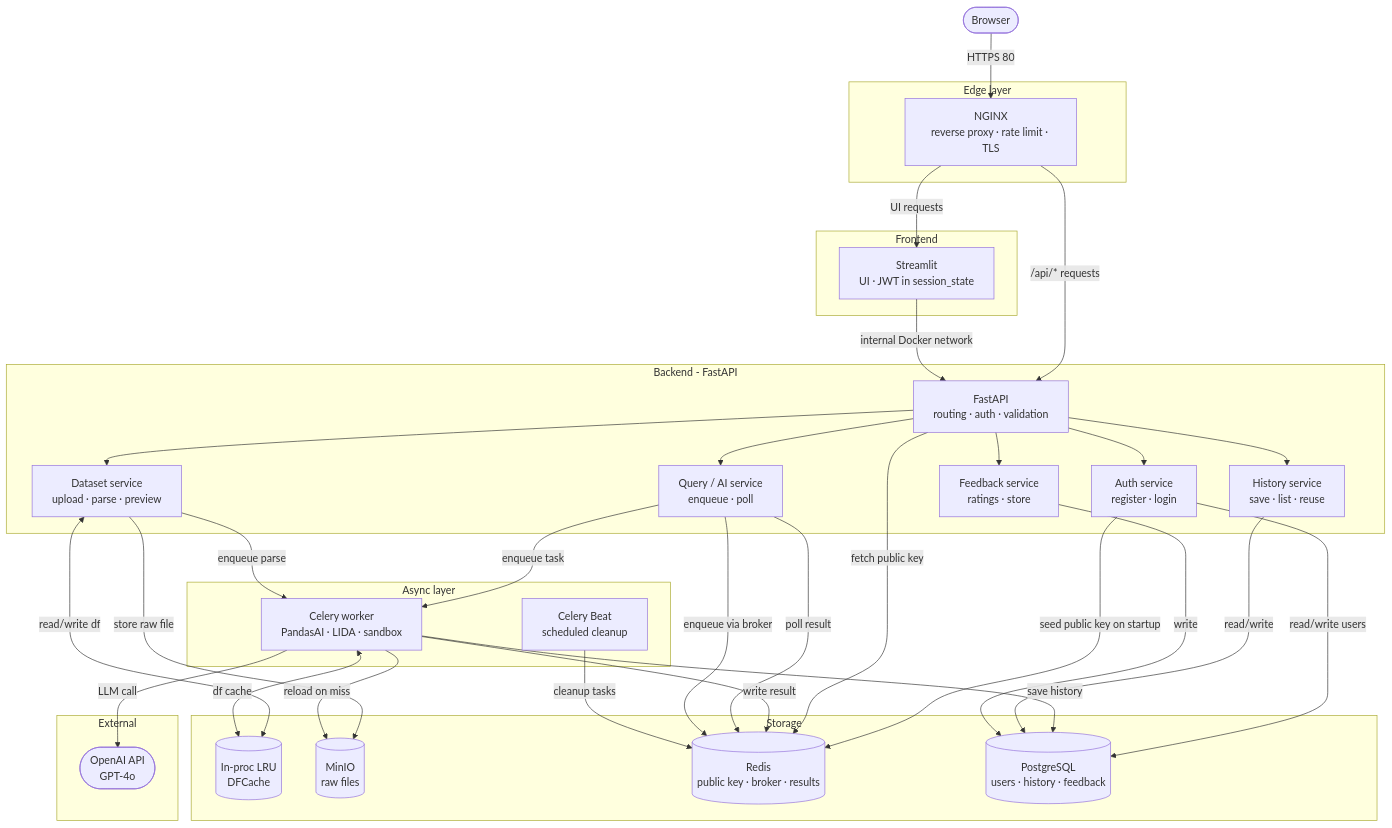
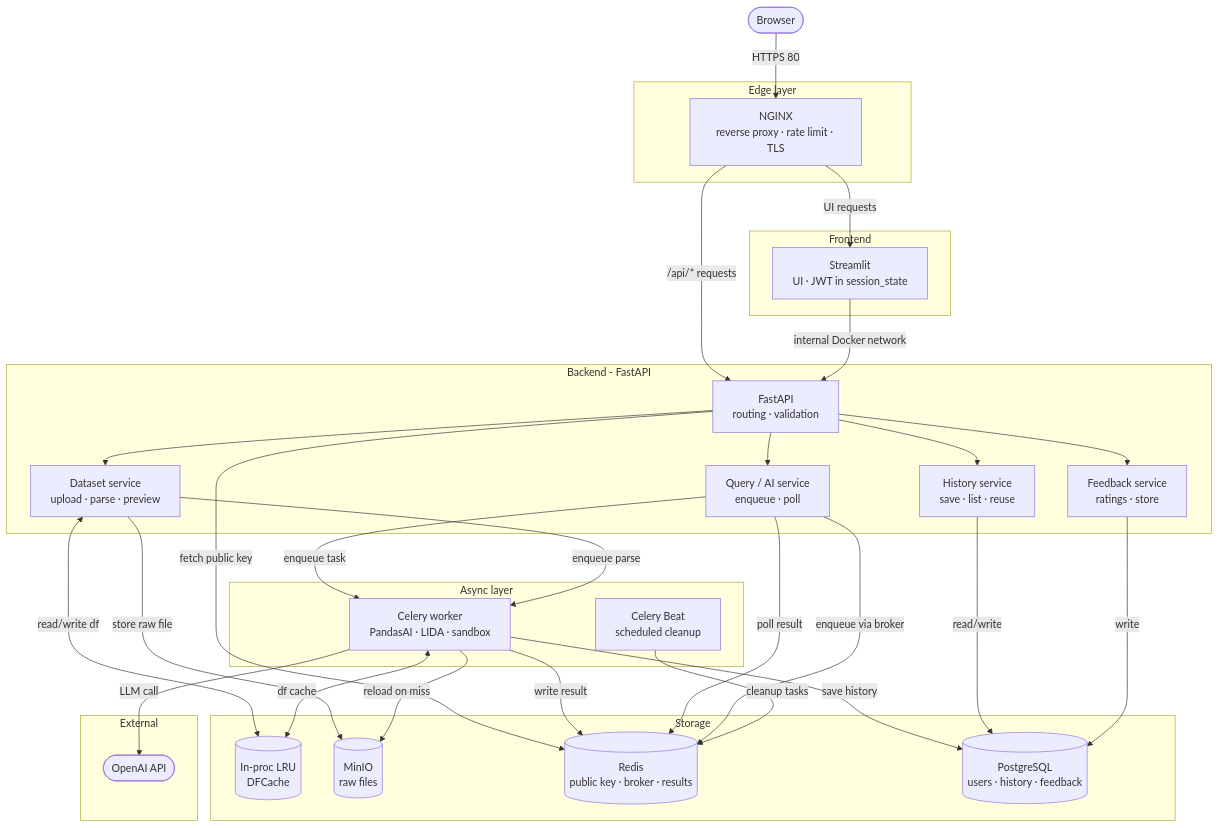
The diagram in README.md (haiyen11231/ai-data-assistant), drawn with Mermaid before and after one commit. The commit also changed other lines of this file and 10 other files, not shown here.

````diff
--- a/README.md
+++ b/README.md
@@ -110,64 +100,61 @@
 ```mermaid
 graph TB
     Browser([Browser])
     Browser -->|HTTPS 80| NGINX
 
     subgraph edge["Edge layer"]
         NGINX[NGINX<br/>reverse proxy · rate limit · TLS]
     end
 
     NGINX -->|UI requests| Streamlit
     NGINX -->|/api/* requests| FastAPI
 
     subgraph frontend["Frontend"]
         Streamlit[Streamlit<br/>UI · JWT in session_state]
     end
 
     subgraph backend["Backend - FastAPI"]
-        FastAPI[FastAPI<br/>routing · auth · validation]
-        FastAPI --> AuthSvc[Auth service<br/>register · login]
+        FastAPI[FastAPI<br/>routing · validation]
         FastAPI --> DatasetSvc[Dataset service<br/>upload · parse · preview]
         FastAPI --> QuerySvc[Query / AI service<br/>enqueue · poll]
         FastAPI --> HistorySvc[History service<br/>save · list · reuse]
         FastAPI --> FeedbackSvc[Feedback service<br/>ratings · store]
     end
 
     Streamlit -->|internal Docker network| FastAPI
 
     subgraph async["Async layer"]
         CeleryWorker[Celery worker<br/>PandasAI · LIDA · sandbox]
         CeleryBeat[Celery Beat<br/>scheduled cleanup]
     end
 
     QuerySvc -->|enqueue task| CeleryWorker
     DatasetSvc -->|enqueue parse| CeleryWorker
 
     subgraph storage["Storage"]
         DFCache[(In-proc LRU<br/>DFCache)]
         MinIO[(MinIO<br/>raw files)]
         Redis[(Redis<br/>public key · broker · results)]
         Postgres[(PostgreSQL<br/>users · history · feedback)]
     end
 
-    AuthSvc -->|seed public key on startup| Redis
-    AuthSvc -->|read/write users| Postgres
     FastAPI -->|fetch public key| Redis
     DatasetSvc <-->|read/write df| DFCache
     DatasetSvc -->|store raw file| MinIO
     CeleryWorker <-->|df cache| DFCache
     CeleryWorker -->|reload on miss| MinIO
     CeleryWorker -->|write result| Redis
     CeleryWorker -->|save history| Postgres
     QuerySvc -->|poll result| Redis
     QuerySvc -->|enqueue via broker| Redis
     HistorySvc -->|read/write| Postgres
     FeedbackSvc -->|write| Postgres
     CeleryBeat -->|cleanup tasks| Redis
 
     subgraph external["External"]
-        OpenAI([OpenAI API<br/>GPT-4o])
+        OpenAI([OpenAI API])
     end
 
     CeleryWorker -->|LLM call| OpenAI
 
 ```
````
